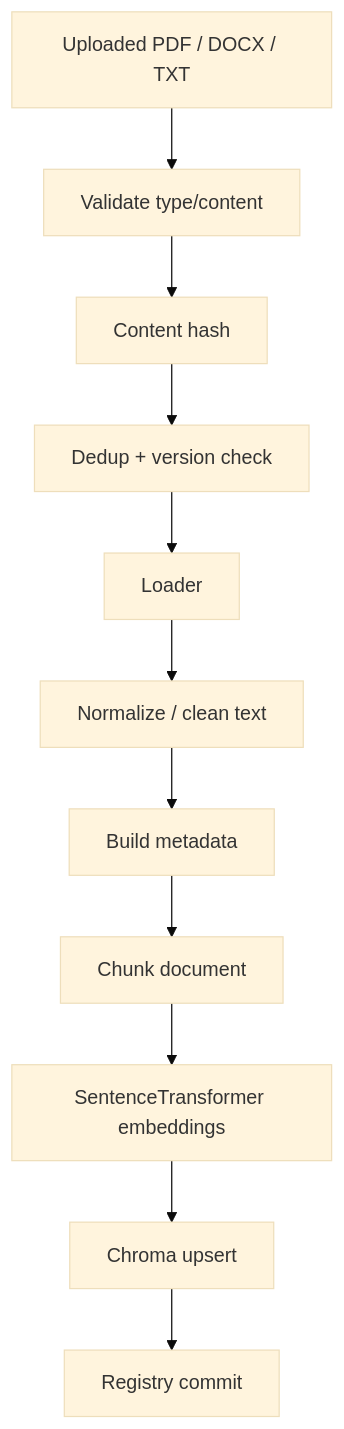
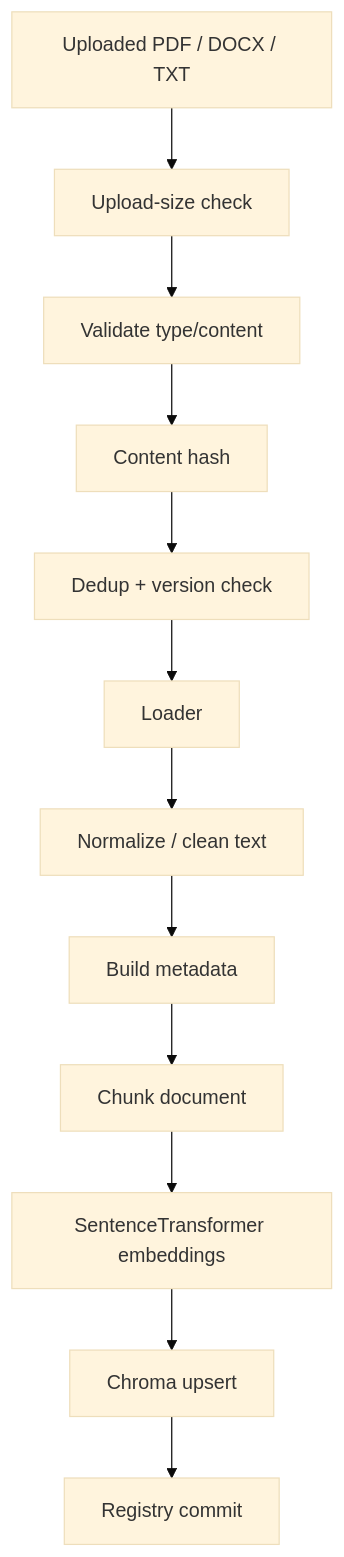
One commit to Md-Faiz-Alam/docqna changed the second of 6 diagrams in docs/architecture.md. Above: the diagram before and after it, drawn with Mermaid (base theme). The commit also changed other lines of this file and 12 other files, not shown here.

````diff
--- a/docs/architecture.md
+++ b/docs/architecture.md
@@ -37,14 +43,15 @@
 ```mermaid
 flowchart TD
     UP[Uploaded PDF / DOCX / TXT]
+    --> SIZE[Upload-size check]
     --> VAL[Validate type/content]
     --> HASH[Content hash]
     --> REGCHECK[Dedup + version check]
     --> LOAD[Loader]
     --> CLEAN[Normalize / clean text]
     --> META[Build metadata]
     --> CHUNK[Chunk document]
     --> EMB[SentenceTransformer embeddings]
     --> STORE[Chroma upsert]
     --> COMMIT[Registry commit]
 ```
````
